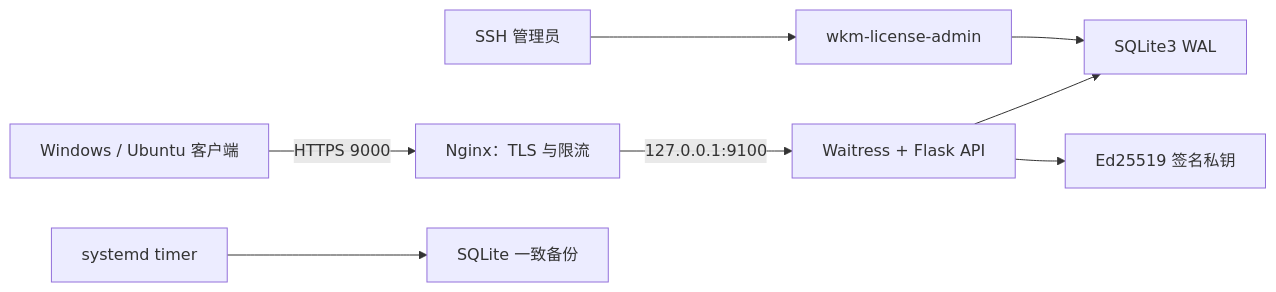
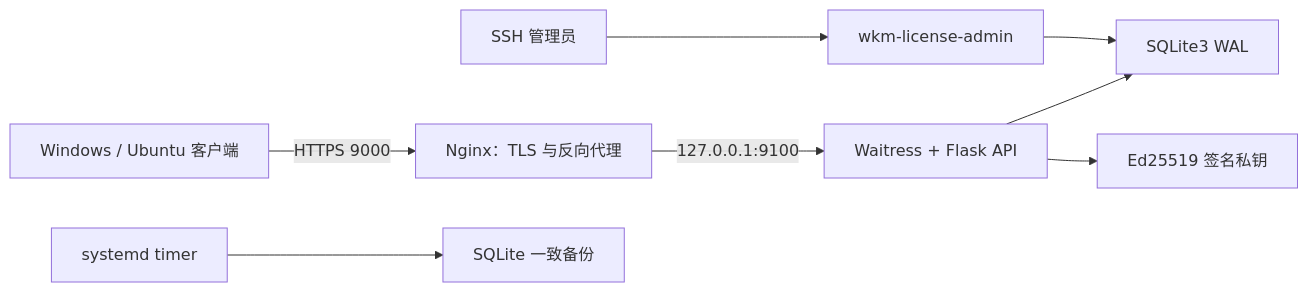
The diagram in docs/SERVER_OPERATIONS_RUNBOOK.md (gladlyknow/WeChatMemory-LicenseServer), drawn with Mermaid before and after one commit. The commit also changed other lines of this file and 55 other files, not shown here.

````diff
--- a/docs/SERVER_OPERATIONS_RUNBOOK.md
+++ b/docs/SERVER_OPERATIONS_RUNBOOK.md
@@ -13,10 +13,10 @@
 ```mermaid
 flowchart LR
-    C["Windows / Ubuntu 客户端"] -->|"HTTPS 9000"| N["Nginx：TLS 与限流"]
+    C["Windows / Ubuntu 客户端"] -->|"HTTPS 9000"| N["Nginx：TLS 与反向代理"]
     N -->|"127.0.0.1:9100"| A["Waitress + Flask API"]
     A --> D["SQLite3 WAL"]
     A --> K["Ed25519 签名私钥"]
     O["SSH 管理员"] --> W["wkm-license-admin"]
     W --> D
     T["systemd timer"] --> B["SQLite 一致备份"]
 ```
````
